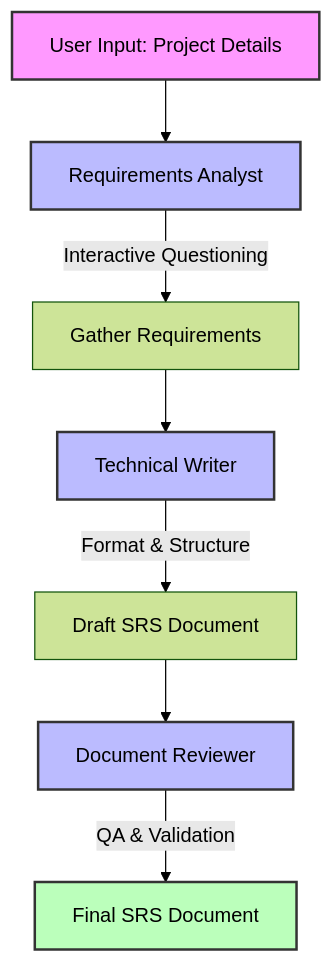
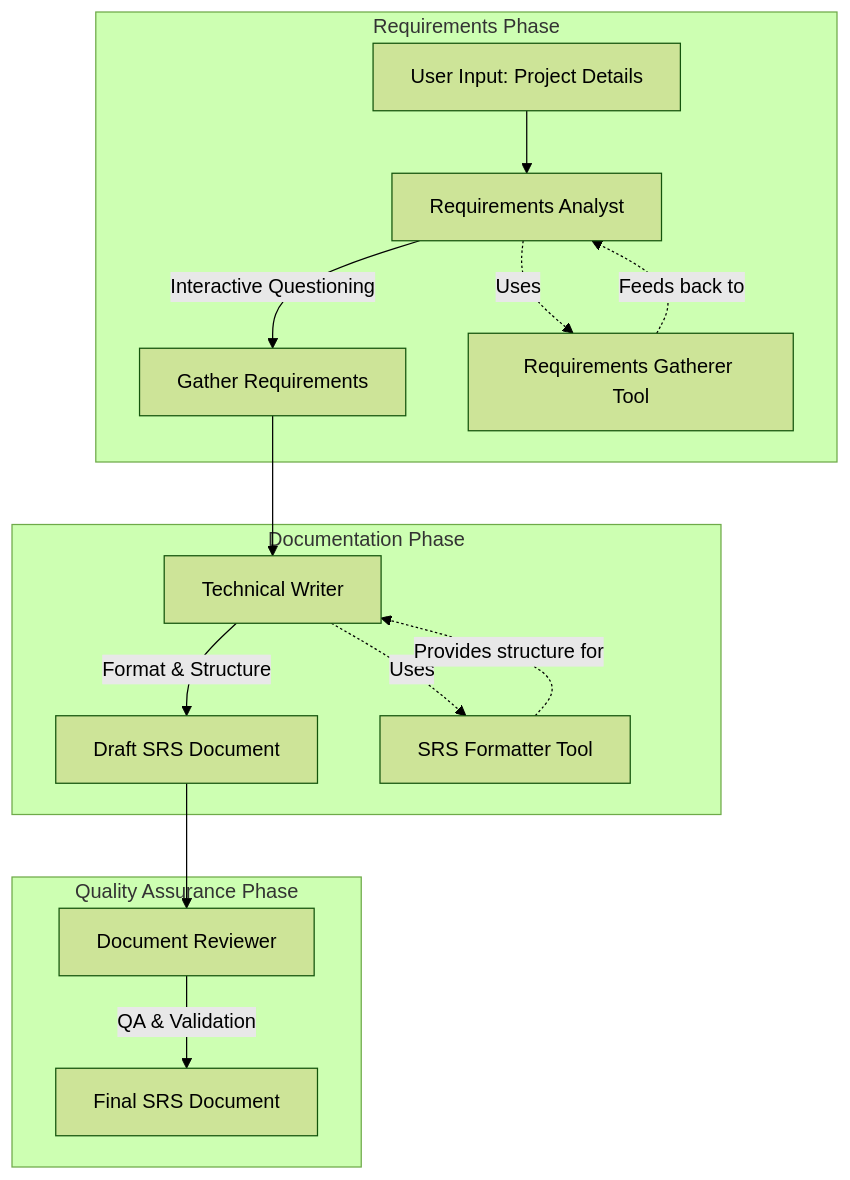
The diagram in README.md (thedarshannn/crew-ai), drawn with Mermaid (forest theme) before and after one commit.

Commit message:
Enhance README.md with main process flow and tool integrations for clarity.

````diff
--- a/README.md
+++ b/README.md
@@ -13,15 +13,35 @@
 ```mermaid
 graph TD
+    %% Main process flow
     A[User Input: Project Details] --> B[Requirements Analyst]
     B -->|Interactive Questioning| C[Gather Requirements]
     C --> D[Technical Writer]
     D -->|Format & Structure| E[Draft SRS Document]
     E --> F[Document Reviewer]
     F -->|QA & Validation| G[Final SRS Document]
 
-    style A fill:#f9f,stroke:#333,stroke-width:2px
-    style B fill:#bbf,stroke:#333,stroke-width:2px
-    style D fill:#bbf,stroke:#333,stroke-width:2px
-    style F fill:#bbf,stroke:#333,stroke-width:2px
-    style G fill:#bfb,stroke:#333,stroke-width:2px
+    %% Tools integration
+    B -.->|Uses| H[Requirements Gatherer Tool]
+    H -.->|Feeds back to| B
+    D -.->|Uses| I[SRS Formatter Tool]
+    I -.->|Provides structure for| D
+
+    %% Process phases
+    subgraph "Requirements Phase"
+        A
+        B
+        C
+        H
+    end
+
+    subgraph "Documentation Phase"
+        D
+        E
+        I
+    end
+
+    subgraph "Quality Assurance Phase"
+        F
+        G
+    end
 ```
````
